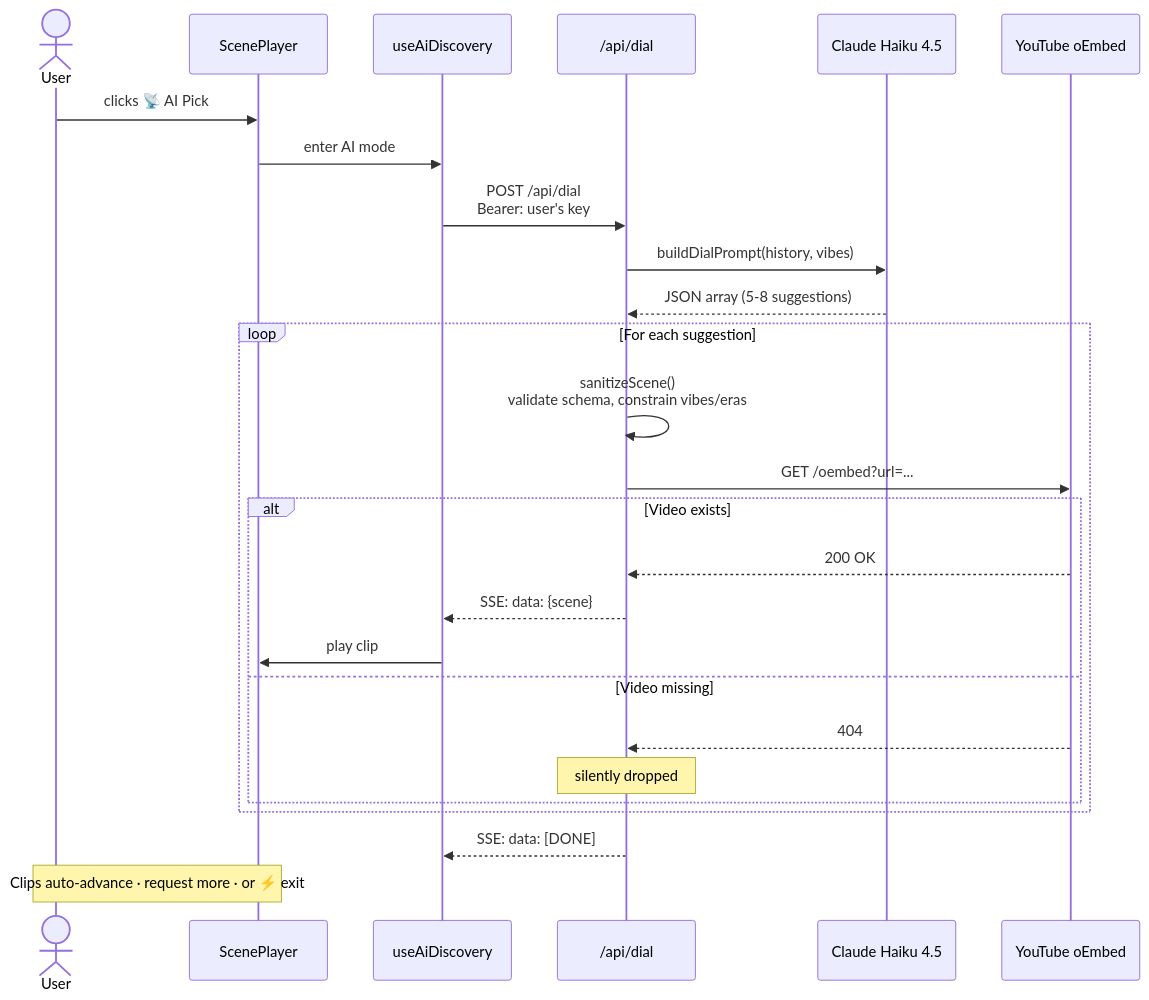
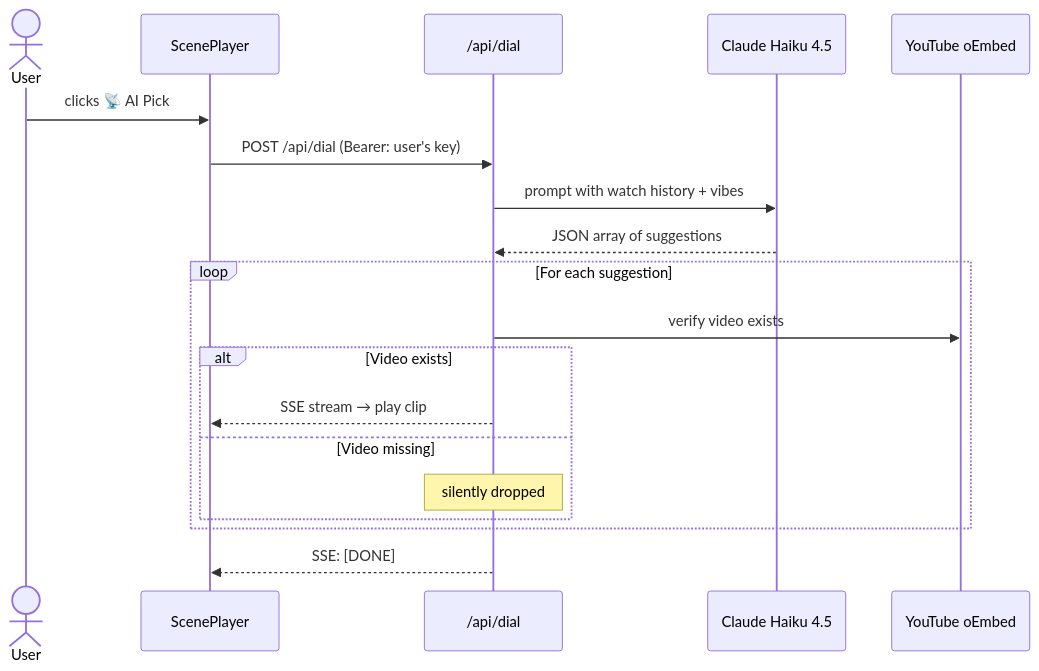
The third of 4 diagrams in README.md (BurntFrost/so-i-started-blasting), drawn with Mermaid before and after one commit. The commit also changed other lines of this file and 2 other files, not shown here.

````diff
--- a/README.md
+++ b/README.md
@@ -314,31 +133,24 @@
 ```mermaid
 sequenceDiagram
     actor User
     participant UI as ScenePlayer
-    participant Hook as useAiDiscovery
     participant API as /api/dial
     participant Claude as Claude Haiku 4.5
     participant YT as YouTube oEmbed
 
     User->>UI: clicks 📡 AI Pick
-    UI->>Hook: enter AI mode
-    Hook->>API: POST /api/dial<br/>Bearer: user's key
-    API->>Claude: buildDialPrompt(history, vibes)
-    Claude-->>API: JSON array (5-8 suggestions)
+    UI->>API: POST /api/dial (Bearer: user's key)
+    API->>Claude: prompt with watch history + vibes
+    Claude-->>API: JSON array of suggestions
 
     loop For each suggestion
-        API->>API: sanitizeScene()<br/>validate schema, constrain vibes/eras
-        API->>YT: GET /oembed?url=...
+        API->>YT: verify video exists
         alt Video exists
-            YT-->>API: 200 OK
-            API-->>Hook: SSE: data: {scene}
-            Hook->>UI: play clip
+            API-->>UI: SSE stream → play clip
         else Video missing
-            YT-->>API: 404
             Note over API: silently dropped
         end
     end
 
-    API-->>Hook: SSE: data: [DONE]
-    Note over User,UI: Clips auto-advance · request more · or ⚡ exit
+    API-->>UI: SSE: [DONE]
 ```
````
